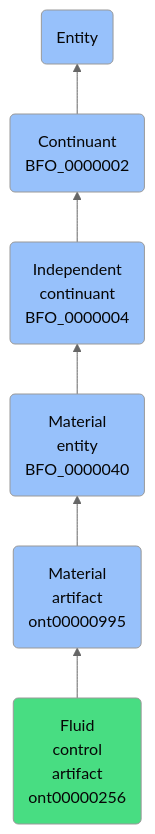
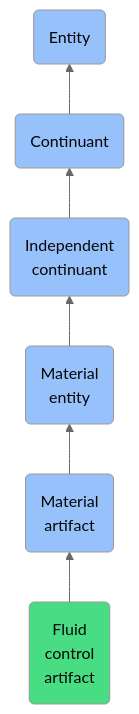
The diagram in docs/ontology/reference/model/Entity/Continuant/Independent continuant/Material entity/Material artifact/Fluid control artifact/Fluid control artifact.md (jupyter-naas/abi), drawn with Mermaid (neutral theme) before and after one commit. The commit also changed other lines of this file and 1430 other files, not shown here.

````diff
--- a/docs/ontology/reference/model/Entity/Continuant/Independent continuant/Material entity/Material artifact/Fluid control artifact/Fluid control artifact.md
+++ b/docs/ontology/reference/model/Entity/Continuant/Independent continuant/Material entity/Material artifact/Fluid control artifact/Fluid control artifact.md
@@ -24,13 +24,13 @@
 ```mermaid
 graph BT
-    ont00000256(Fluid<br>control<br>artifact<br>ont00000256):::ABI-->ont00000995
-    ont00000995(Material<br>artifact<br>ont00000995):::BFO-->BFO_0000040
-    BFO_0000040(Material<br>entity<br>BFO_0000040):::BFO-->BFO_0000004
-    BFO_0000004(Independent<br>continuant<br>BFO_0000004):::BFO-->BFO_0000002
-    BFO_0000002(Continuant<br>BFO_0000002):::BFO-->BFO_0000001
+    ont00000256(Fluid<br>control<br>artifact):::ABI-->ont00000995
+    ont00000995(Material<br>artifact):::BFO-->BFO_0000040
+    BFO_0000040(Material<br>entity):::BFO-->BFO_0000004
+    BFO_0000004(Independent<br>continuant):::BFO-->BFO_0000002
+    BFO_0000002(Continuant):::BFO-->BFO_0000001
     BFO_0000001(Entity):::BFO
     
     classDef BFO fill:#97c1fb,color:#060606
     classDef CCO fill:#e4c51e,color:#060606
     classDef ABI fill:#48DD82,color:#060606
 ```
````
